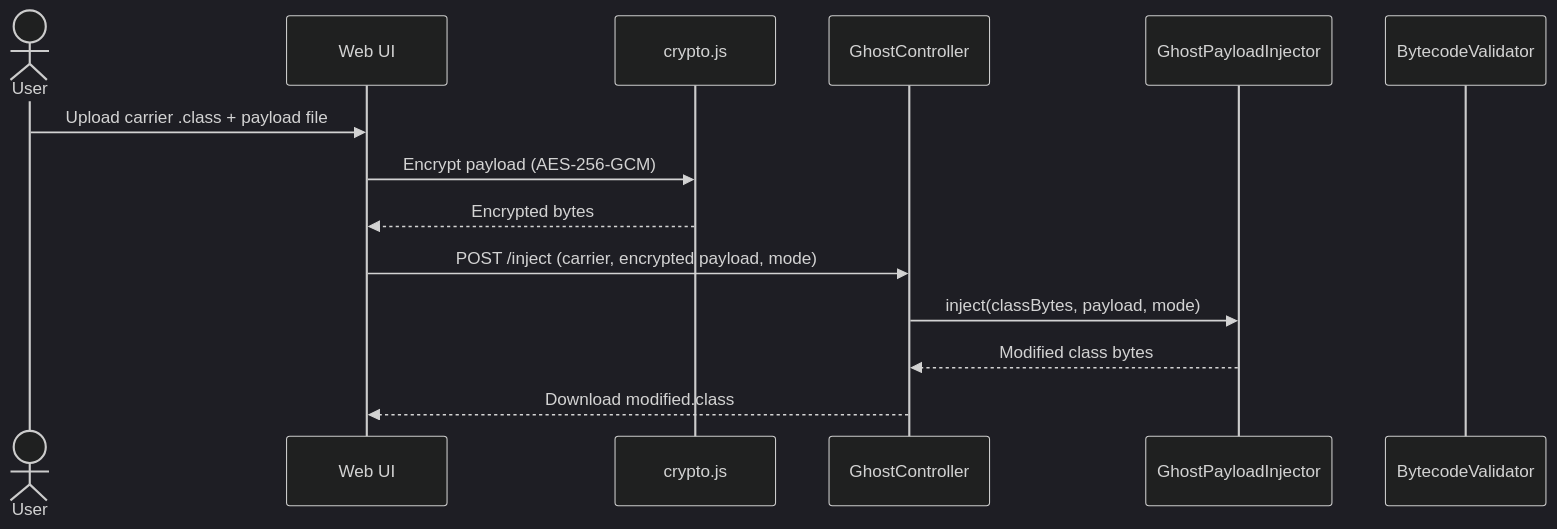
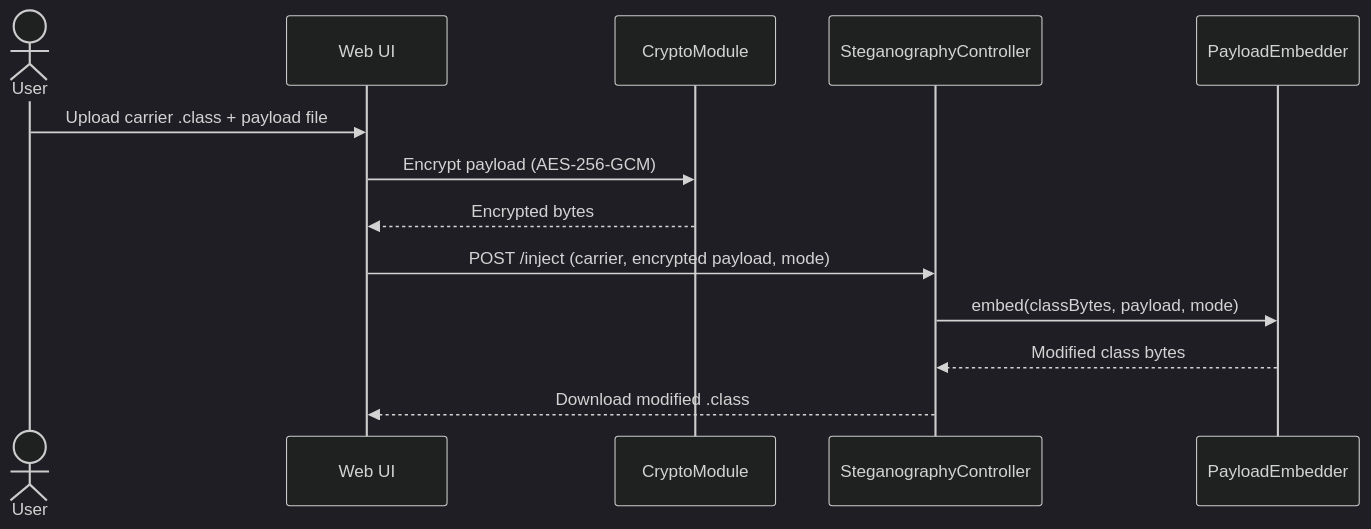
The second of 4 diagrams in docs/architecture.md (RohitBharadwaj-rvu/ghost-in-the-bytecode), drawn with Mermaid (dark theme) before and after one commit. The commit also changed other lines of this file and 1 other file, not shown here.

Commit message:
docs: rename to academic naming — ByteStego, PayloadEmbedder, SteganographyController

````diff
--- a/docs/architecture.md
+++ b/docs/architecture.md
@@ -38,17 +38,16 @@
 ```mermaid
 sequenceDiagram
     actor User
     participant UI as Web UI
-    participant Crypto as crypto.js
-    participant API as GhostController
-    participant Injector as GhostPayloadInjector
-    participant Validator as BytecodeValidator
+    participant Crypto as CryptoModule
+    participant API as SteganographyController
+    participant Embedder as PayloadEmbedder
 
     User->>UI: Upload carrier .class + payload file
     UI->>Crypto: Encrypt payload (AES-256-GCM)
     Crypto-->>UI: Encrypted bytes
     UI->>API: POST /inject (carrier, encrypted payload, mode)
-    API->>Injector: inject(classBytes, payload, mode)
-    Injector-->>API: Modified class bytes
-    API-->>UI: Download modified.class
+    API->>Embedder: embed(classBytes, payload, mode)
+    Embedder-->>API: Modified class bytes
+    API-->>UI: Download modified .class
 ```
````
